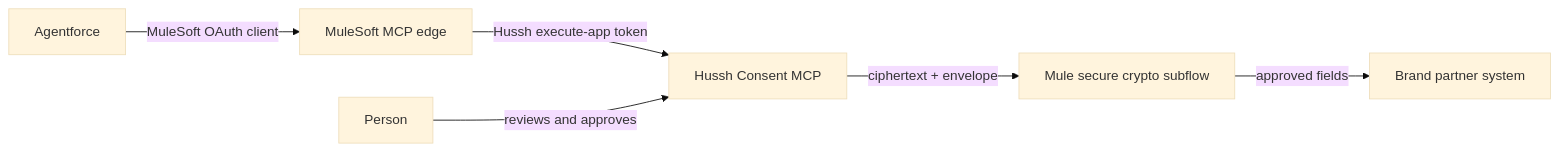
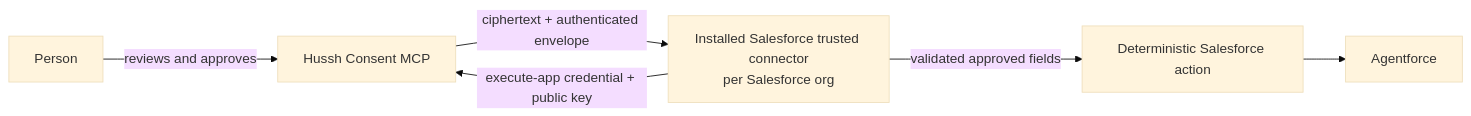
One commit to hushh-labs/hushh-research changed the diagram in consent-protocol/docs/reference/mulesoft-agentforce-secure-relay.md. Above: the diagram before and after it, drawn with Mermaid (base theme). The commit also changed other lines of this file and 18 other files, not shown here.

Commit message:
feat(mcp): add Salesforce AgentExchange connector boundary

````diff
--- a/consent-protocol/docs/reference/mulesoft-agentforce-secure-relay.md
+++ b/consent-protocol/docs/reference/mulesoft-agentforce-secure-relay.md
@@ -7,8 +19,8 @@
 ```mermaid
 flowchart LR
-  af["Agentforce"] -->|"MuleSoft OAuth client"| mule["MuleSoft MCP edge"]
-  mule -->|"Hussh execute-app token"| hushh["Hussh Consent MCP"]
-  hushh -->|"ciphertext + envelope"| crypto["Mule secure crypto subflow"]
-  crypto -->|"approved fields"| partner["Brand partner system"]
-  person["Person"] -->|"reviews and approves"| hushh
+  person["Person"] -->|"reviews and approves"| hushh["Hussh Consent MCP"]
+  connector["Installed Salesforce trusted connector<br/>per Salesforce org"] -->|"execute-app credential + public key"| hushh
+  hushh -->|"ciphertext + authenticated envelope"| connector
+  connector -->|"validated approved fields"| action["Deterministic Salesforce action"]
+  action --> agentforce["Agentforce"]
 ```
````
